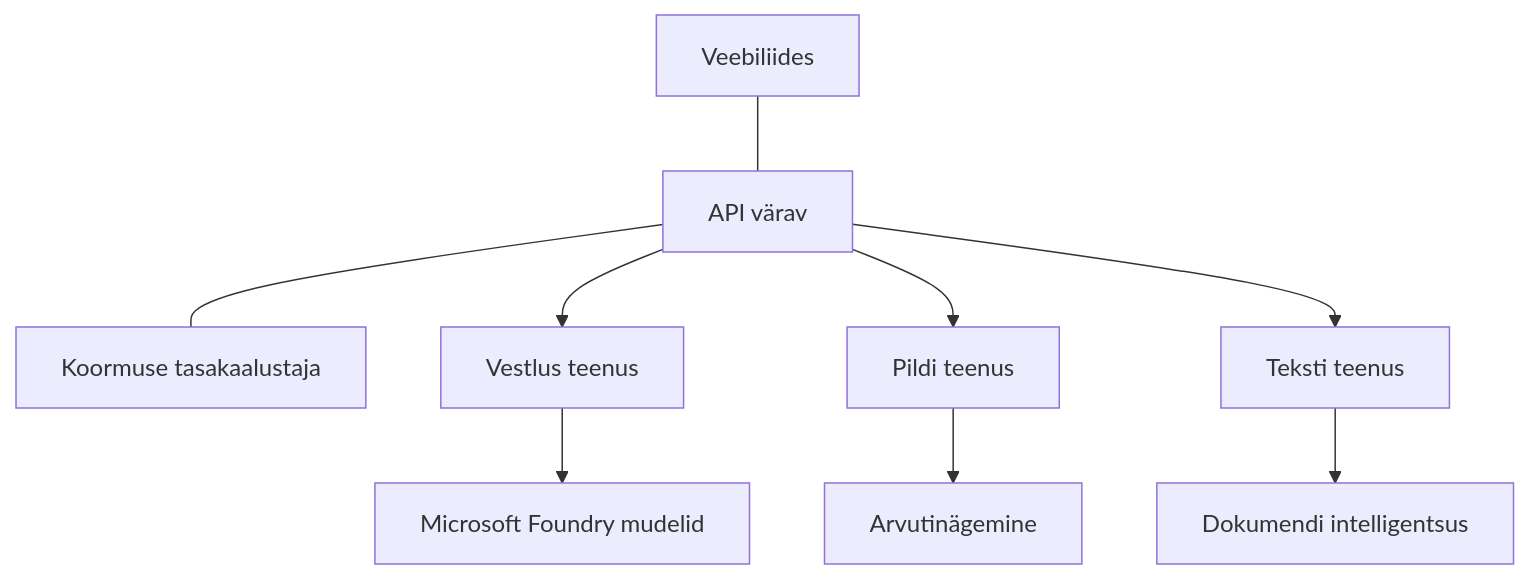
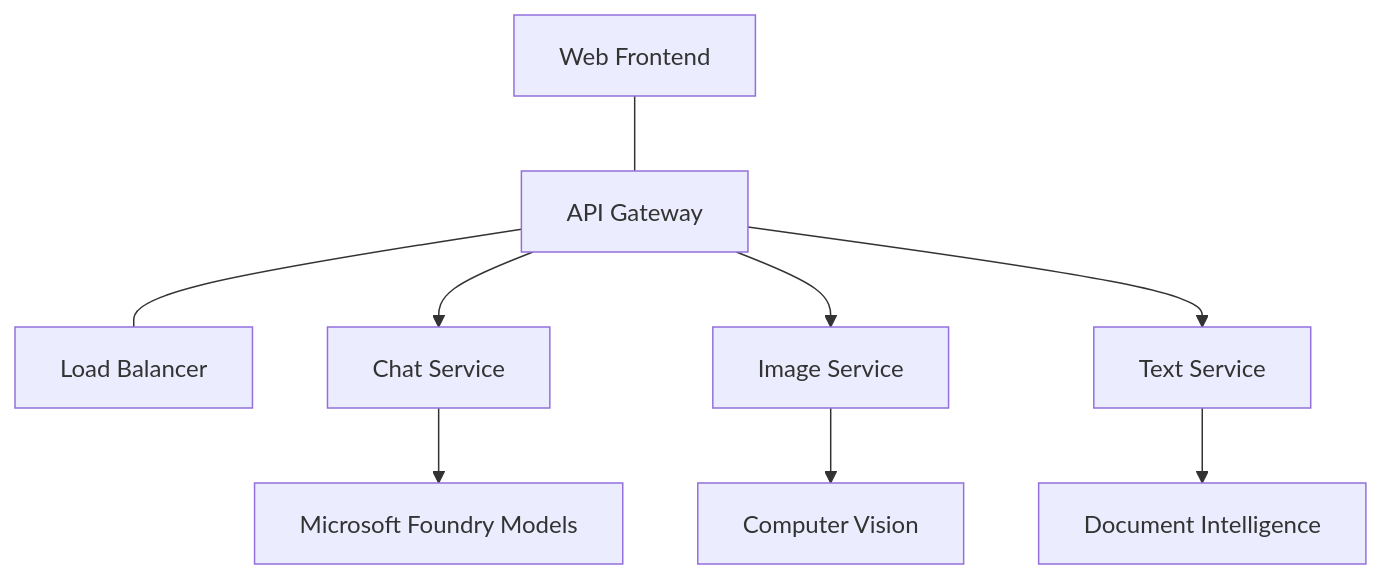
The diagram in translations/et/docs/chapter-08-production/production-ai-practices.md (microsoft/AZD-for-beginners), drawn with Mermaid before and after one commit. The commit also changed other lines of this file and 135 other files, not shown here.

````diff
--- a/translations/et/docs/chapter-08-production/production-ai-practices.md
+++ b/translations/et/docs/chapter-08-production/production-ai-practices.md
@@ -30,10 +26,10 @@
 ```mermaid
 graph TD
-    Frontend[Veebiliides] --- Gateway[API värav] --- LB[Koormuse tasakaalustaja]
-    Gateway --> Chat[Vestlus teenus]
-    Gateway --> Image[Pildi teenus]
-    Gateway --> Text[Teksti teenus]
-    Chat --> OpenAI[Microsoft Foundry mudelid]
-    Image --> Vision[Arvutinägemine]
-    Text --> DocIntel[Dokumendi intelligentsus]
+    Frontend[Web Frontend] --- Gateway[API Gateway] --- LB[Load Balancer]
+    Gateway --> Chat[Chat Service]
+    Gateway --> Image[Image Service]
+    Gateway --> Text[Text Service]
+    Chat --> OpenAI[Microsoft Foundry Models]
+    Image --> Vision[Computer Vision]
+    Text --> DocIntel[Document Intelligence]
 ```
````
